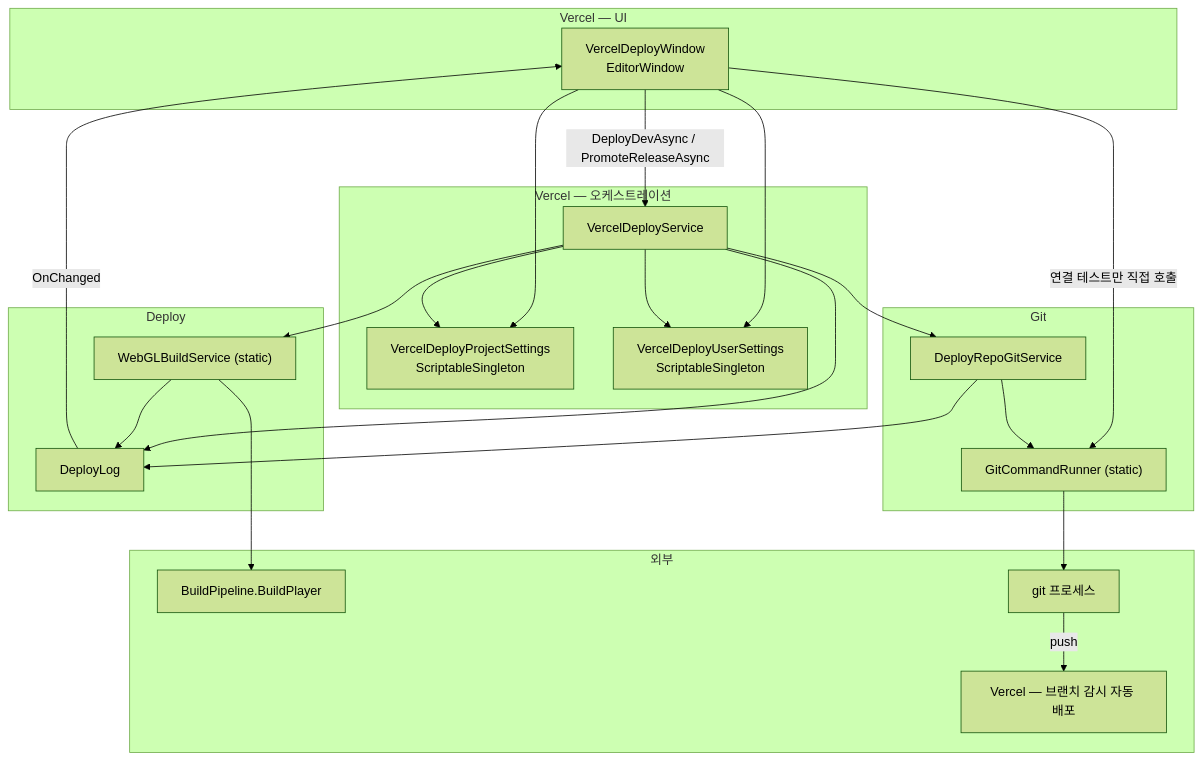
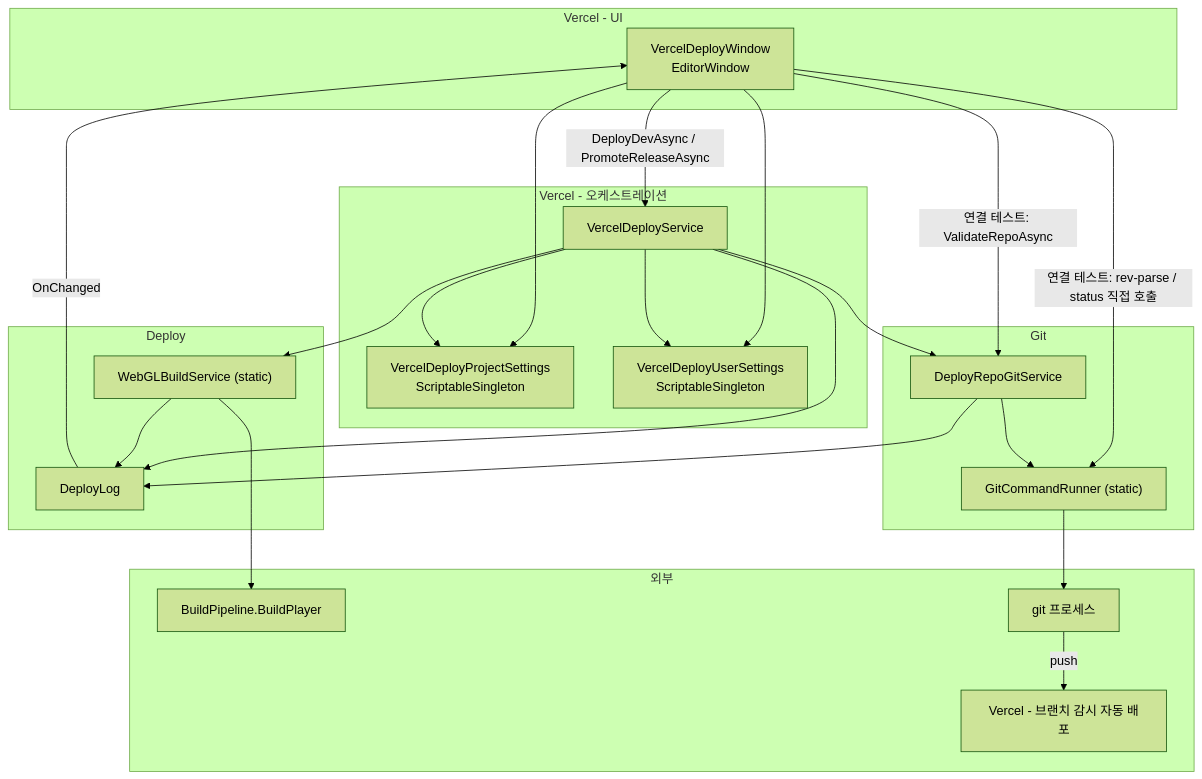
The first of 4 diagrams in HDeploy/Editor/README.md (HoHong123/HCUP-Unity), drawn with Mermaid (forest theme) before and after one commit. The commit also changed other lines of this file, not shown here.

````diff
--- a/HDeploy/Editor/README.md
+++ b/HDeploy/Editor/README.md
@@ -54,41 +54,42 @@
 ```mermaid
 flowchart TD
-    subgraph UI["Vercel — UI"]
+    subgraph UI["Vercel - UI"]
     W["VercelDeployWindow<br/>EditorWindow"]
     end
-    subgraph ORCH["Vercel — 오케스트레이션"]
+    subgraph ORCH["Vercel - 오케스트레이션"]
     S["VercelDeployService"]
     PS["VercelDeployProjectSettings<br/>ScriptableSingleton"]
     US["VercelDeployUserSettings<br/>ScriptableSingleton"]
     end
     subgraph BUILD["Deploy"]
     B["WebGLBuildService (static)"]
     L["DeployLog"]
     end
     subgraph GIT["Git"]
     G["DeployRepoGitService"]
     R["GitCommandRunner (static)"]
     end
     subgraph EXT["외부"]
     UP["BuildPipeline.BuildPlayer"]
     GP["git 프로세스"]
-    VC["Vercel — 브랜치 감시 자동 배포"]
+    VC["Vercel - 브랜치 감시 자동 배포"]
     end
 
     W -->|"DeployDevAsync / PromoteReleaseAsync"| S
     W --> US
     W --> PS
-    W -->|"연결 테스트만 직접 호출"| R
+    W -->|"연결 테스트: ValidateRepoAsync"| G
+    W -->|"연결 테스트: rev-parse / status 직접 호출"| R
     S --> PS
     S --> US
     S --> B
     S --> G
     B --> UP
     G --> R
     R --> GP
     GP -->|"push"| VC
     S --> L
     B --> L
     G --> L
     L -->|"OnChanged"| W
 ```
````
